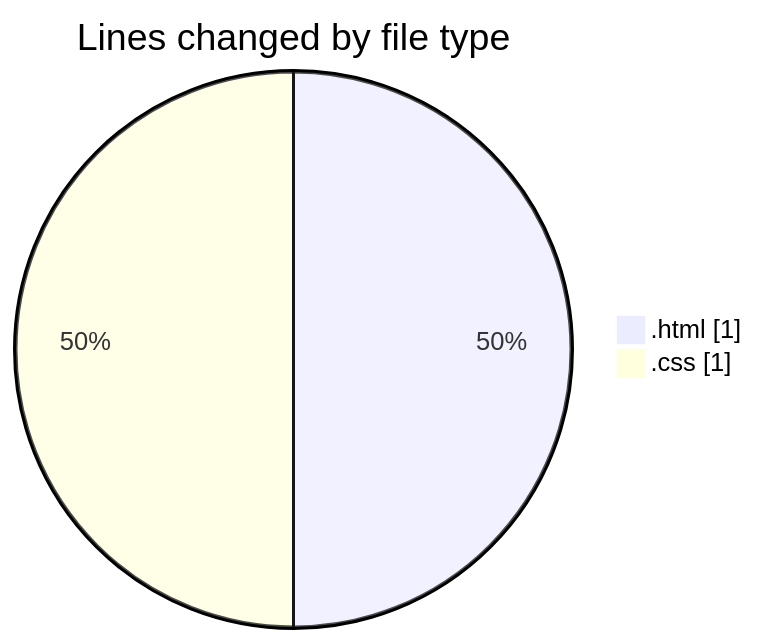
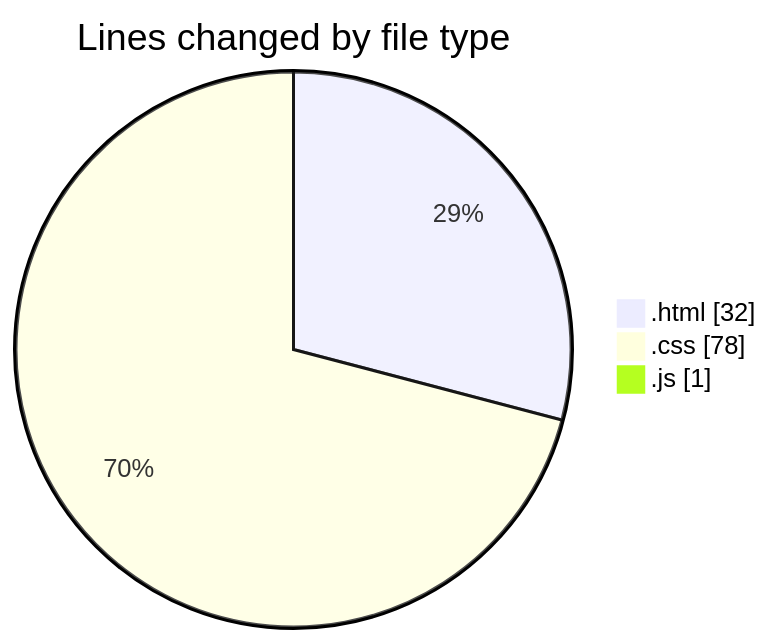
One commit to Ritupan-Deka/code-tracking changed the first of 2 diagrams in 2025-05-31/projects/README.md. Above: the diagram before and after it, drawn with Mermaid. The commit also changed other lines of this file and 1 other file, not shown here.

````diff
--- a/2025-05-31/projects/README.md
+++ b/2025-05-31/projects/README.md
@@ -21,6 +22,7 @@
 ```mermaid
 pie showData
 title Lines changed by file type
-".html" : 1
-".css" : 1
+".html" : 32
+".css" : 78
+".js" : 1
 ```
````
